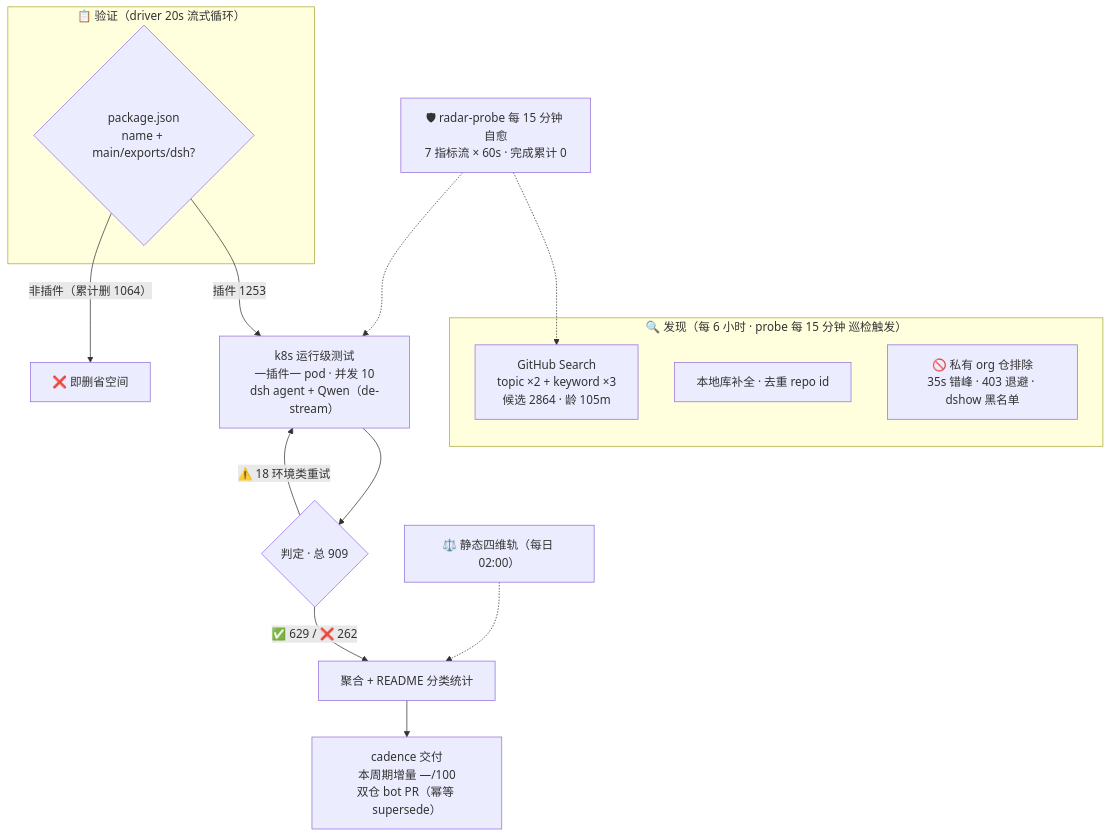
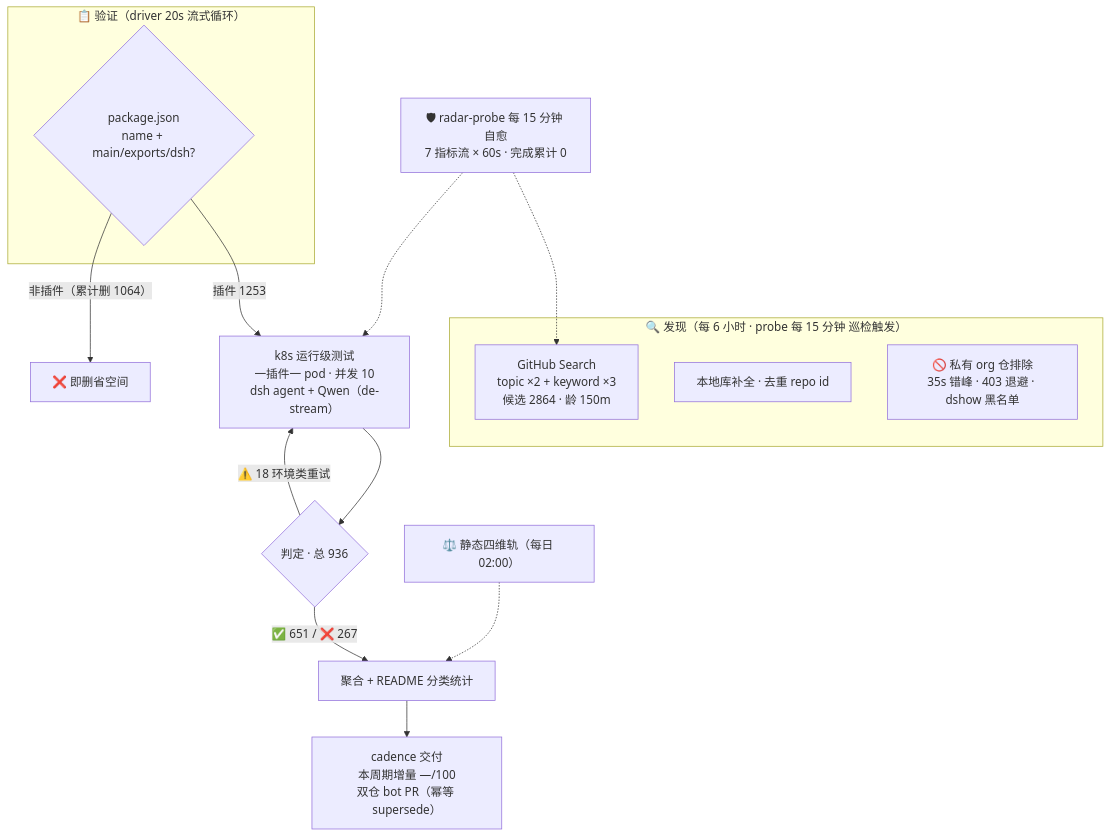
Before and after one commit to Zhidao-Lab-OSS/awesome-dsh-plugins: the diagram in README.md, drawn with Mermaid. The commit also changed other lines of this file and 1 other file, not shown here.

````diff
--- a/README.md
+++ b/README.md
@@ -32,20 +32,20 @@
 ```mermaid
 flowchart TB
     subgraph Discovery["🔍 发现（每 6 小时 · probe 每 15 分钟 巡检触发）"]
-        A1["GitHub Search<br/>topic ×2 + keyword ×3<br/>候选 2864 · 龄 105m"]
+        A1["GitHub Search<br/>topic ×2 + keyword ×3<br/>候选 2864 · 龄 150m"]
         A2["本地库补全 · 去重 repo id"]
         A3["🚫 私有 org 仓排除<br/>35s 错峰 · 403 退避 · dshow 黑名单"]
     end
     subgraph Validation["📋 验证（driver 20s 流式循环）"]
         B1{"package.json<br/>name + main/exports/dsh?"}
     end
     B1 -->|"插件 1253"| C1["k8s 运行级测试<br/>一插件一 pod · 并发 10<br/>dsh agent + Qwen（de-stream）"]
     B1 -->|"非插件（累计删 1064）"| B3["❌ 即删省空间"]
-    C1 --> D1{"判定 · 总 909"}
-    D1 -->|"✅ 629 / ❌ 262"| E1["聚合 + README 分类统计"]
+    C1 --> D1{"判定 · 总 936"}
+    D1 -->|"✅ 651 / ❌ 267"| E1["聚合 + README 分类统计"]
     D1 -->|"⚠️ 18 环境类重试"| C1
     E1 --> E2["cadence 交付<br/>本周期增量 —/100<br/>双仓 bot PR（幂等 supersede）"]
     S["⚖️ 静态四维轨（每日 02:00）"] -.-> E1
     M["🛡 radar-probe 每 15 分钟 自愈<br/>7 指标流 × 60s · 完成累计 0"] -.-> A1
     M -.-> C1
 ```
````
